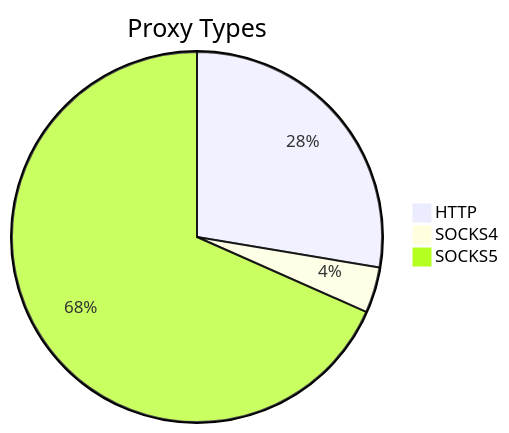
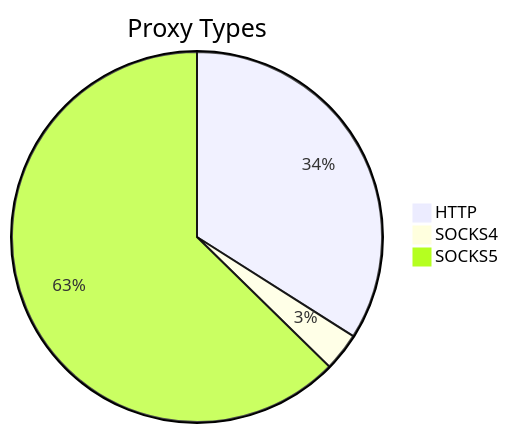
One commit to stormsia/proxy-list changed the first of 2 diagrams in README.md. Above: the diagram before and after it, drawn with Mermaid. The commit also changed other lines of this file, not shown here.

````diff
--- a/README.md
+++ b/README.md
@@ -21,6 +21,6 @@
 ```mermaid
 pie title Proxy Types
-    "HTTP" : 228
-    "SOCKS4" : 33
-    "SOCKS5" : 564
+    "HTTP" : 204
+    "SOCKS4" : 20
+    "SOCKS5" : 376
 ```
````
